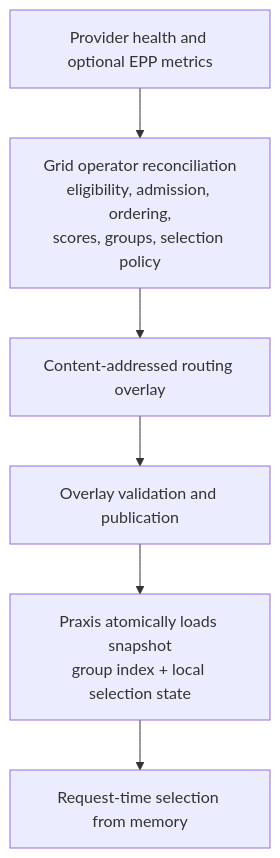
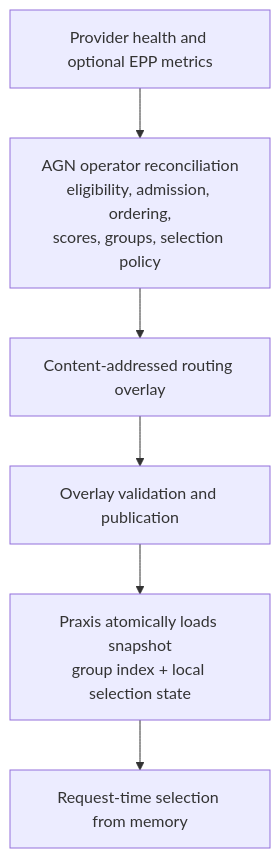
The fourth of 4 diagrams in docs/architecture/provider-selection-and-load-balancing.md (nerdalert/grid), drawn with Mermaid before and after one commit. The commit also changed other lines of this file and 41 other files, not shown here.

````diff
--- a/docs/architecture/provider-selection-and-load-balancing.md
+++ b/docs/architecture/provider-selection-and-load-balancing.md
@@ -418,11 +418,11 @@
 ```mermaid
 flowchart TD
     signals[Provider health and optional EPP metrics]
-    reconcile[Grid operator reconciliation<br/>eligibility, admission, ordering,<br/>scores, groups, selection policy]
+    reconcile[AGN operator reconciliation<br/>eligibility, admission, ordering,<br/>scores, groups, selection policy]
     overlay[Content-addressed routing overlay]
     publish[Overlay validation and publication]
     snapshot[Praxis atomically loads snapshot<br/>group index + local selection state]
     request[Request-time selection from memory]
 
     signals --> reconcile --> overlay --> publish --> snapshot --> request
 ```
````
